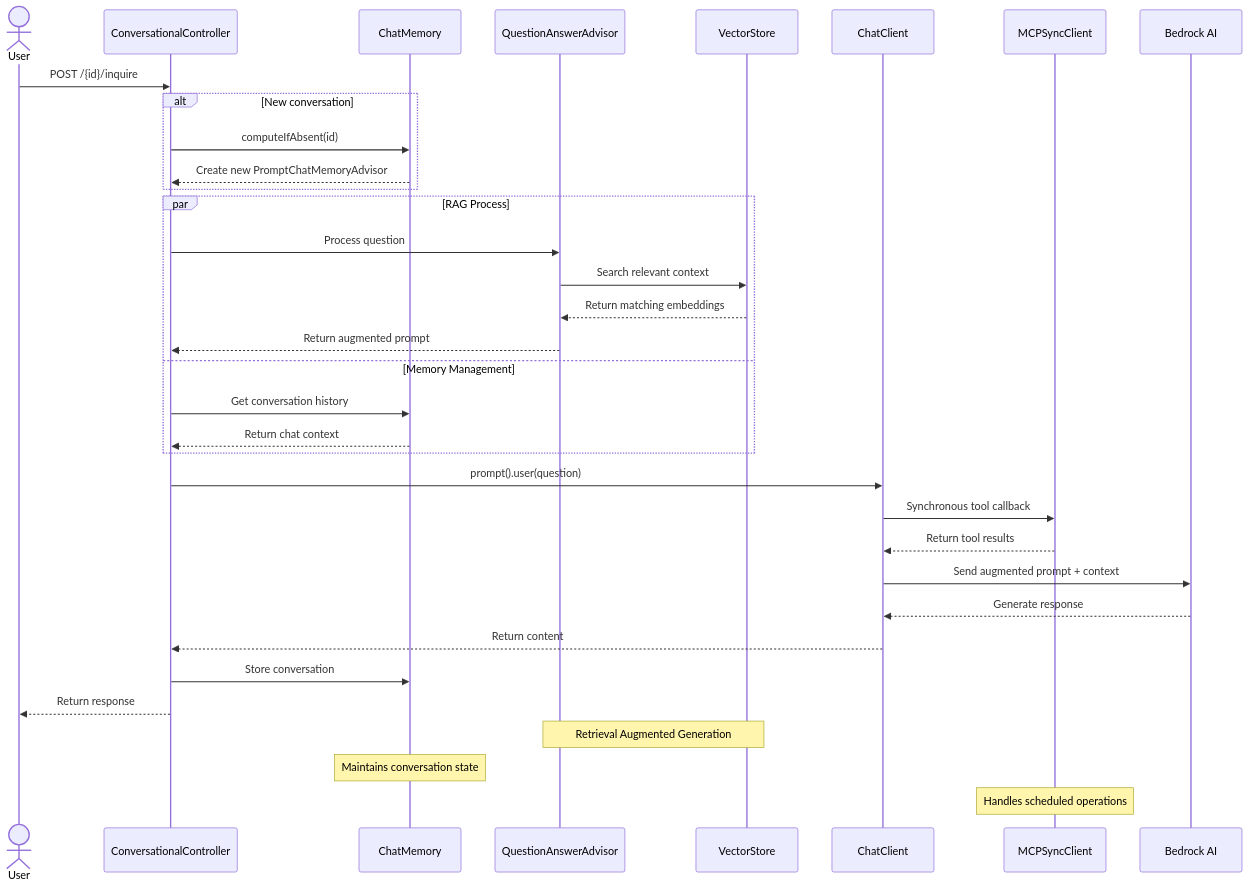
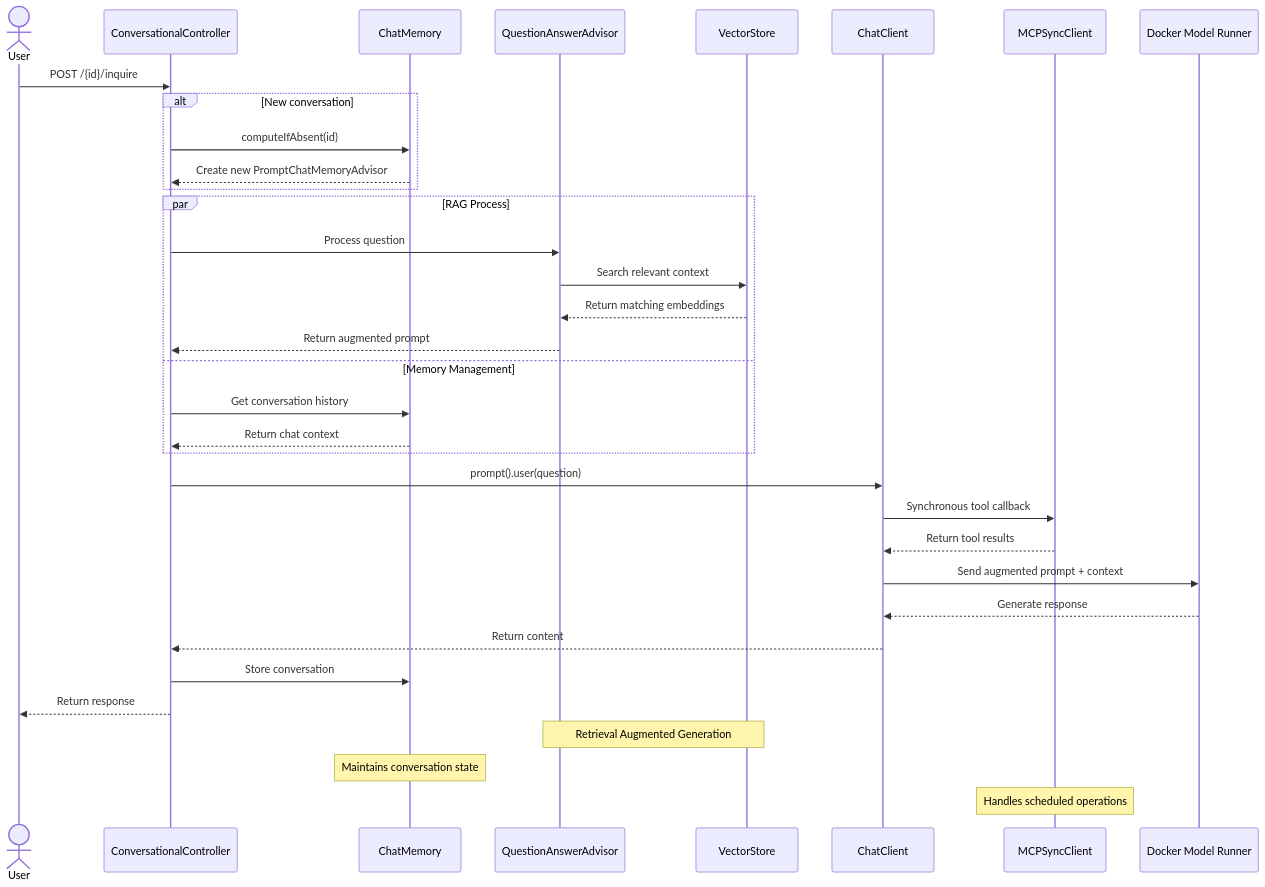
One commit to shelajev/spring-ai-java-docker-mcp-rag changed the diagram in README.md. Above: the diagram before and after it, drawn with Mermaid.

Commit message:
Bedrock -> Model Runner

````diff
--- a/README.md
+++ b/README.md
@@ -15,44 +15,44 @@
 ```mermaid
 sequenceDiagram
     actor User
     participant Controller as ConversationalController
     participant Memory as ChatMemory
     participant RAG as QuestionAnswerAdvisor
     participant Vector as VectorStore
     participant Chat as ChatClient
     participant MCP as MCPSyncClient
-    participant AI as Bedrock AI
+    participant AI as Docker Model Runner 
 
     User->>Controller: POST /{id}/inquire
     
     alt New conversation
         Controller->>Memory: computeIfAbsent(id)
         Memory-->>Controller: Create new PromptChatMemoryAdvisor
     end
 
     par RAG Process
         Controller->>RAG: Process question
         RAG->>Vector: Search relevant context
         Vector-->>RAG: Return matching embeddings
         RAG-->>Controller: Return augmented prompt
     and Memory Management
         Controller->>Memory: Get conversation history
         Memory-->>Controller: Return chat context
     end
 
     Controller->>Chat: prompt().user(question)
     
     Chat->>MCP: Synchronous tool callback
     MCP-->>Chat: Return tool results
     
     Chat->>AI: Send augmented prompt + context
     AI-->>Chat: Generate response
     
     Chat-->>Controller: Return content
     Controller->>Memory: Store conversation
     Controller-->>User: Return response
 
     Note over RAG,Vector: Retrieval Augmented Generation
     Note over Memory: Maintains conversation state
     Note over MCP: Handles scheduled operations
 ```
````
